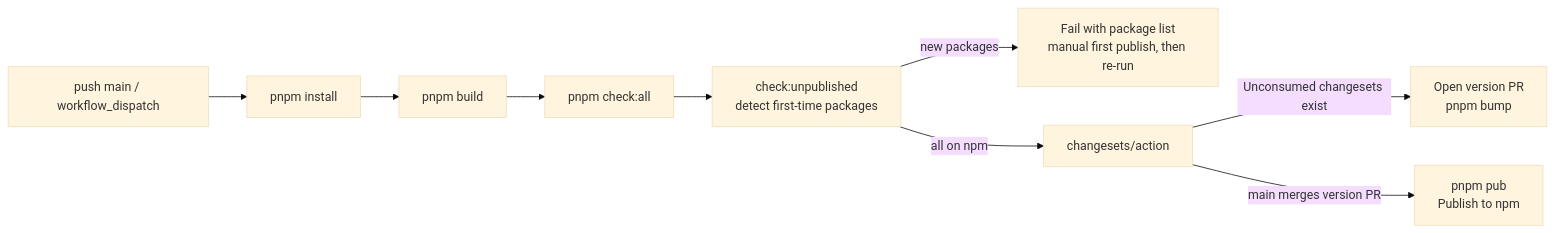
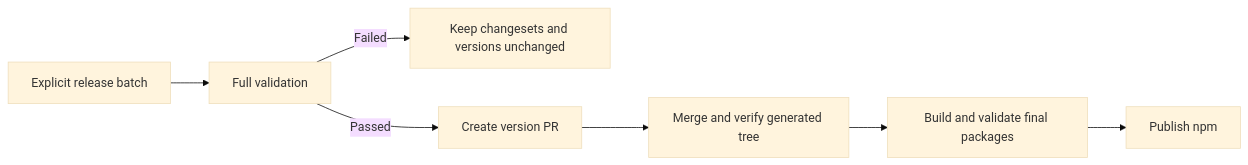
One commit to zhinjs/zhin changed the diagram in docs/en/contributing/development.md. Above: the diagram before and after it, drawn with Mermaid (base theme). The commit also changed other lines of this file and 16 other files, not shown here.

Commit message:
ci: add affected PR checks and validate release batches before versioning

````diff
--- a/docs/en/contributing/development.md
+++ b/docs/en/contributing/development.md
@@ -187,10 +191,7 @@
 ```mermaid
 flowchart LR
-  trigger["push main / workflow_dispatch"] --> install["pnpm install"] --> build["pnpm build"]
-  build --> harness["pnpm check:all"]
-  harness --> gate["check:unpublished<br/>detect first-time packages"]
-  gate -->|"new packages"| stop["Fail with package list<br/>manual first publish, then re-run"]
-  gate -->|"all on npm"| action["changesets/action"]
-  action -->|"Unconsumed changesets exist"| pr["Open version PR<br/>pnpm bump"]
-  action -->|"main merges version PR"| pub["pnpm pub<br/>Publish to npm"]
+  manual["Explicit release batch"] --> full["Full validation"]
+  full -->|Failed| keep["Keep changesets and versions unchanged"]
+  full -->|Passed| version["Create version PR"]
+  version --> merged["Merge and verify generated tree"] --> packed["Build and validate final packages"] --> npm["Publish npm"]
 ```
````
